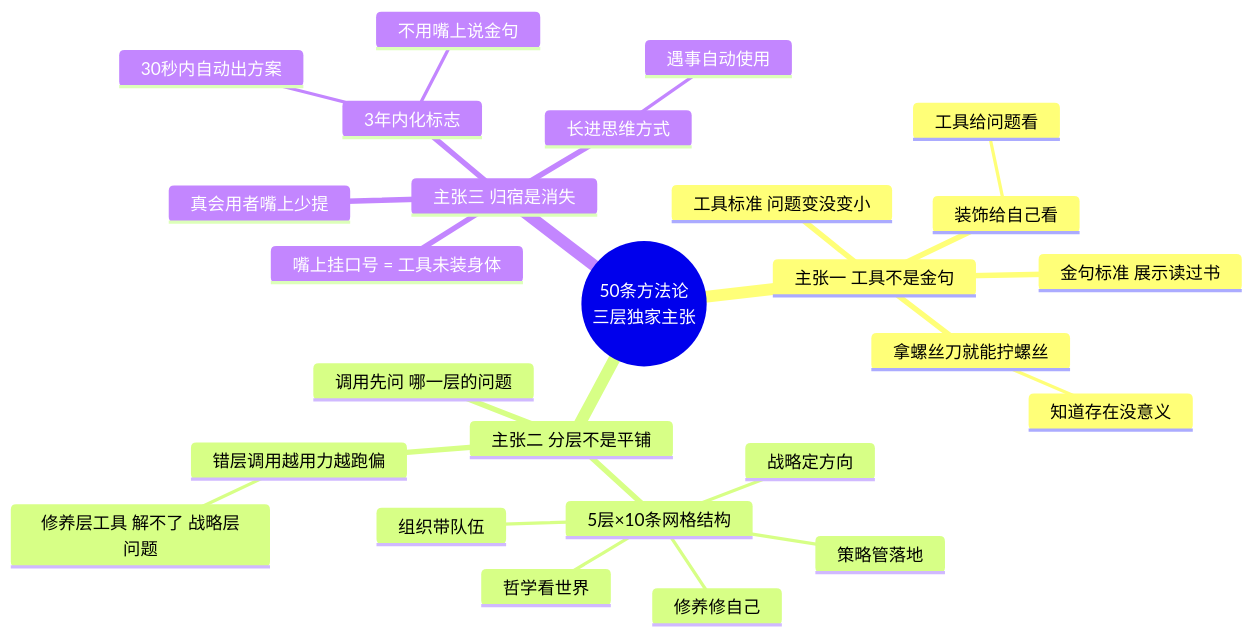
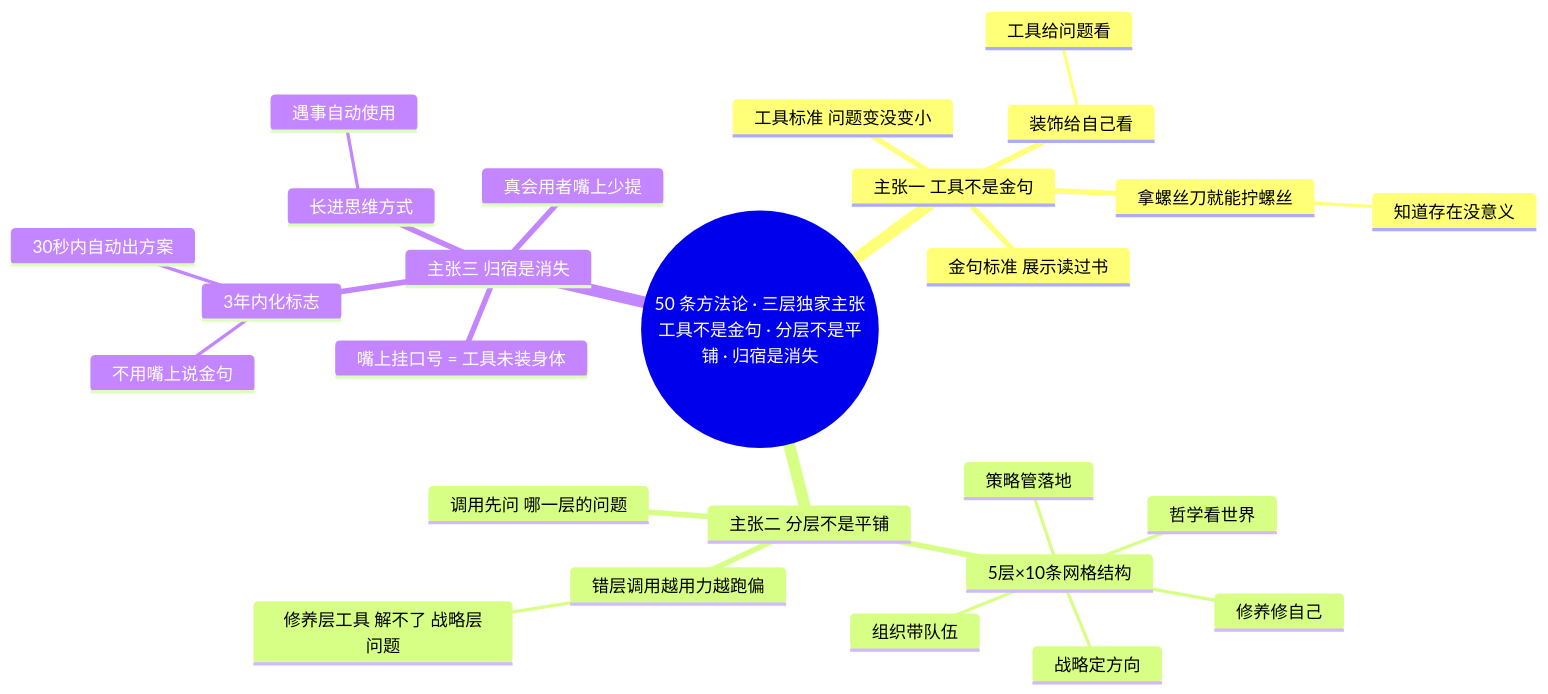
One commit to chongyang211/YCBookBlog changed the second of 7 diagrams in packages/website/13.书籍/01.毛选实战心法/02.经典核心方法论.md. Above: the diagram before and after it, drawn with Mermaid. The commit also changed other lines of this file and 3 other files, not shown here.

````diff
--- a/packages/website/13.书籍/01.毛选实战心法/02.经典核心方法论.md
+++ b/packages/website/13.书籍/01.毛选实战心法/02.经典核心方法论.md
@@ -81,29 +79,29 @@
 ```mermaid
 mindmap
-  root((50条方法论<br/>三层独家主张))
+  root((50 条方法论 · 三层独家主张<br/>工具不是金句 · 分层不是平铺 · 归宿是消失))
     主张一 工具不是金句
       金句标准 展示读过书
       工具标准 问题变没变小
       拿螺丝刀就能拧螺丝
         知道存在没意义
       装饰给自己看
         工具给问题看
     主张二 分层不是平铺
       5层×10条网格结构
         哲学看世界
         战略定方向
         策略管落地
         组织带队伍
         修养修自己
       调用先问 哪一层的问题
       错层调用越用力越跑偏
         修养层工具 解不了 战略层问题
     主张三 归宿是消失
       真会用者嘴上少提
       长进思维方式
         遇事自动使用
       嘴上挂口号 = 工具未装身体
       3年内化标志
         30秒内自动出方案
         不用嘴上说金句
 ```
````
